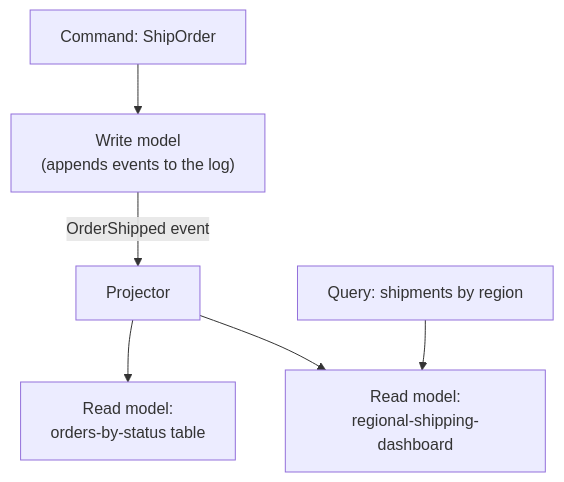
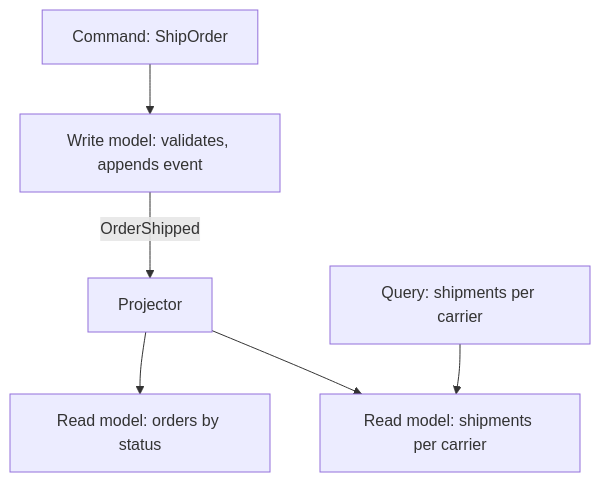
Before and after one commit to francoandreDev/knowledge: the third of 3 diagrams in src/content/architecture/event-driven-architecture/L2-concept.mdx, drawn with Mermaid. The commit also changed other lines of this file and 17 other files, not shown here.

Commit message:
Migrate architecture batch 2 (hexagonal-clean-architecture, event-driven-architecture, build-vs-buy, adr-governance) to the three-tier exercise model

````diff
--- a/src/content/architecture/event-driven-architecture/L2-concept.mdx
+++ b/src/content/architecture/event-driven-architecture/L2-concept.mdx
@@ -150,8 +142,8 @@
 ```mermaid
 flowchart TB
-    Cmd["Command: ShipOrder"] --> WM["Write model\n(appends events to the log)"]
-    WM -- "OrderShipped event" --> Proj["Projector"]
-    Proj --> RM1["Read model:\norders-by-status table"]
-    Proj --> RM2["Read model:\nregional-shipping-dashboard"]
-    Q["Query: shipments by region"] --> RM2
+    Cmd["Command: ShipOrder"] --> WM["Write model: validates, appends event"]
+    WM -- "OrderShipped" --> Proj["Projector"]
+    Proj --> RM1["Read model: orders by status"]
+    Proj --> RM2["Read model: shipments per carrier"]
+    Q["Query: shipments per carrier"] --> RM2
 ```
````
